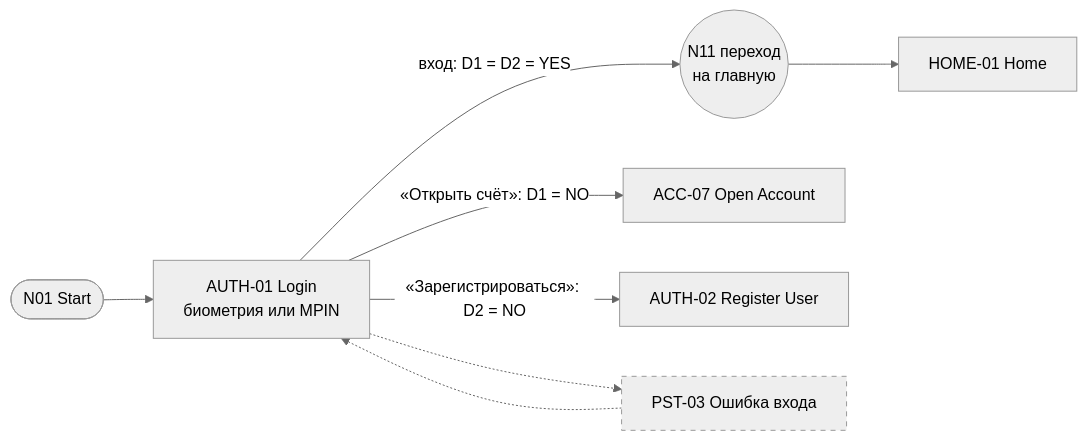
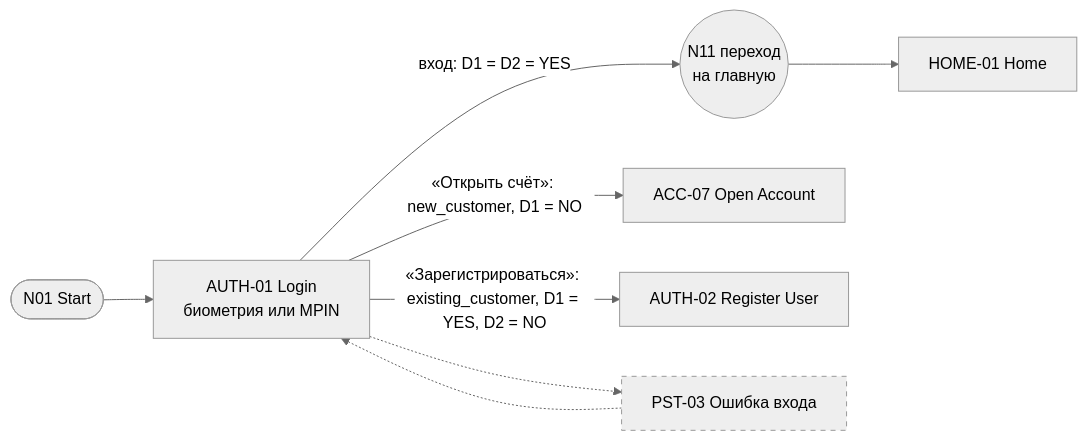
Before and after one commit to Shustrjak/claude_repo: the first of 7 diagrams in docs/ui/USER_FLOWS.md, drawn with Mermaid (neutral theme). The commit also changed other lines of this file and 4 other files, not shown here.

````diff
--- a/docs/ui/USER_FLOWS.md
+++ b/docs/ui/USER_FLOWS.md
@@ -40,12 +40,12 @@
 ```mermaid
 flowchart LR
   START([N01 Start]) --> AUTH01[AUTH-01 Login<br/>биометрия или MPIN]
   AUTH01 -- "вход: D1 = D2 = YES" --> T11((N11 переход<br/>на главную))
   T11 --> HOME01[HOME-01 Home]
-  AUTH01 -- "«Открыть счёт»: D1 = NO" --> ACC07[ACC-07 Open Account]
-  AUTH01 -- "«Зарегистрироваться»: D2 = NO" --> AUTH02[AUTH-02 Register User]
+  AUTH01 -- "«Открыть счёт»: new_customer, D1 = NO" --> ACC07[ACC-07 Open Account]
+  AUTH01 -- "«Зарегистрироваться»: existing_customer, D1 = YES, D2 = NO" --> AUTH02[AUTH-02 Register User]
   AUTH01 -.-> PST03[PST-03 Ошибка входа]
   PST03 -.-> AUTH01
   classDef proposed stroke-dasharray: 5 5
   class PST03 proposed
 ```
````
